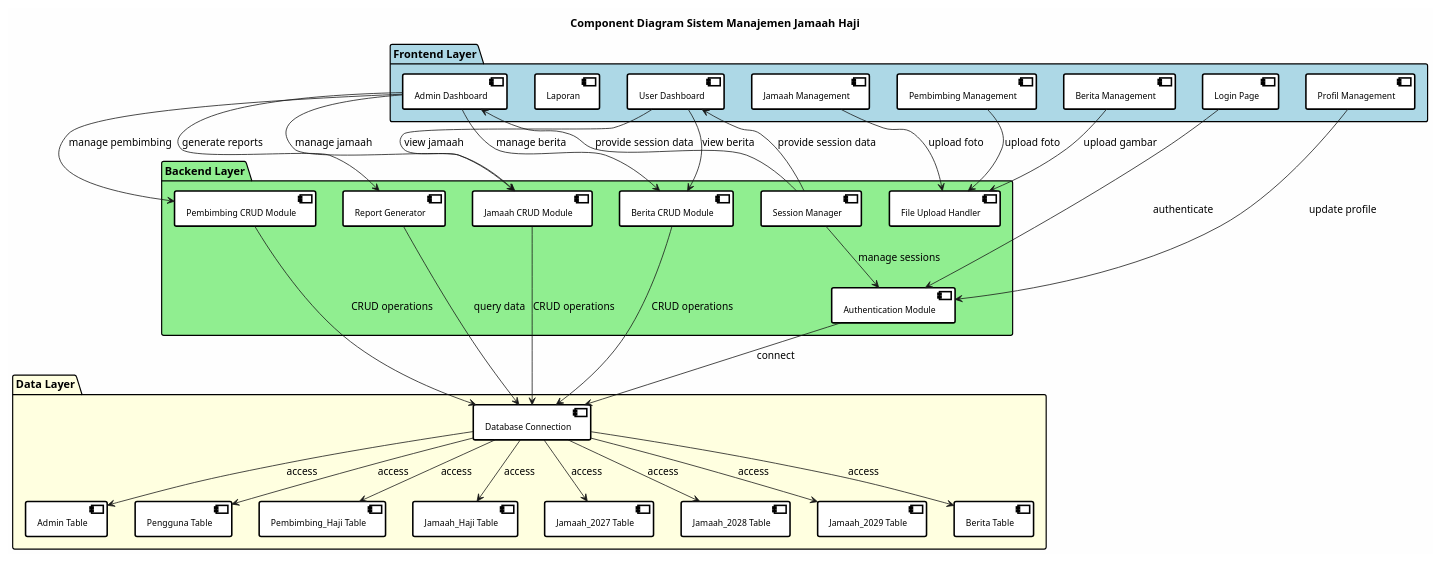
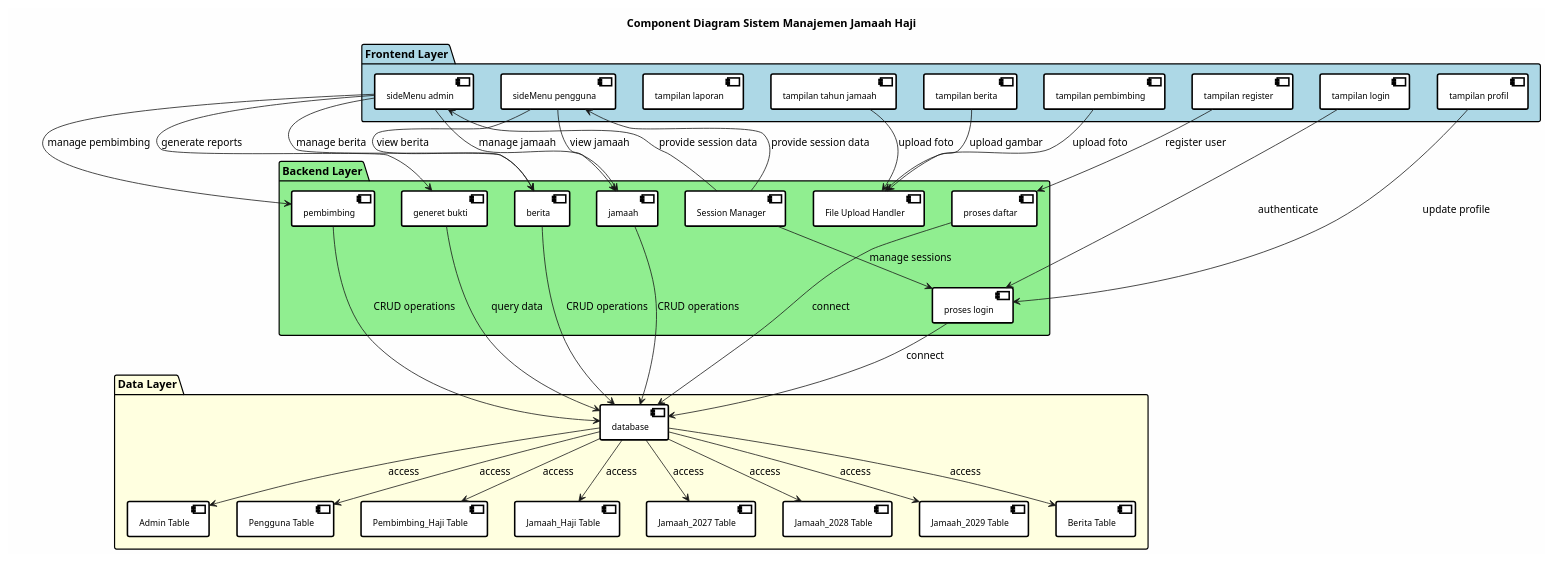
The diagram in komponen/component_diagram.puml (fauzirahayu/uzicom), drawn with PlantUML before and after one commit. The commit also changed 24 other files, not shown here.

```diff
--- a/komponen/component_diagram.puml
+++ b/komponen/component_diagram.puml
@@ -1,84 +1,88 @@
 @startuml Component Diagram Sistem Manajemen Jamaah Haji
 
 title Component Diagram Sistem Manajemen Jamaah Haji
 
 skinparam backgroundColor #FEFEFE
 skinparam component {
     BackgroundColor #FFFFFF
     BorderColor #000000
     BorderThickness 2
     FontSize 11
 }
 
 ' Frontend Layer
 package "Frontend Layer" as FL #LightBlue {
-    [Login Page] as login
-    [Admin Dashboard] as admin_dash
-    [User Dashboard] as user_dash
-    [Jamaah Management] as jamaah_mgmt
-    [Pembimbing Management] as pembimbing_mgmt
-    [Berita Management] as berita_mgmt
-    [Laporan] as laporan
-    [Profil Management] as profil_mgmt
+    [tampilan login] as login
+    [sideMenu admin] as admin_dash
+    [sideMenu pengguna] as user_dash
+    [tampilan tahun jamaah] as jamaah_mgmt
+    [tampilan pembimbing] as pembimbing_mgmt
+    [tampilan berita] as berita_mgmt
+    [tampilan laporan] as laporan
+    [tampilan profil] as profil_mgmt
+    [tampilan register] as register
 }
 
 ' Backend Layer
 package "Backend Layer" as BL #LightGreen {
-    [Authentication Module] as auth
-    [Jamaah CRUD Module] as jamaah_crud
-    [Pembimbing CRUD Module] as pembimbing_crud
-    [Berita CRUD Module] as berita_crud
-    [Report Generator] as report_gen
+    [proses login] as auth_login
+    [proses daftar] as auth_register
+    [jamaah] as jamaah_crud
+    [pembimbing] as pembimbing_crud
+    [berita] as berita_crud
+    [generet bukti] as report_gen
     [File Upload Handler] as file_upload
     [Session Manager] as session_mgr
 }
 
 ' Data Layer
 package "Data Layer" as DL #LightYellow {
-    [Database Connection] as db_conn
+    [database] as db_conn
     [Admin Table] as admin_tbl
     [Pengguna Table] as pengguna_tbl
     [Pembimbing_Haji Table] as pembimbing_tbl
     [Jamaah_Haji Table] as jamaah_haji_tbl
     [Jamaah_2027 Table] as jamaah_2027_tbl
     [Jamaah_2028 Table] as jamaah_2028_tbl
     [Jamaah_2029 Table] as jamaah_2029_tbl
     [Berita Table] as berita_tbl
 }
 
 ' Frontend to Backend connections
-login --> auth : authenticate
+login --> auth_login : authenticate
+register --> auth_register : register user
 admin_dash --> jamaah_crud : manage jamaah
 admin_dash --> pembimbing_crud : manage pembimbing
 admin_dash --> berita_crud : manage berita
 admin_dash --> report_gen : generate reports
 user_dash --> berita_crud : view berita
 user_dash --> jamaah_crud : view jamaah
-profil_mgmt --> auth : update profile
+profil_mgmt --> auth_login : update profile
 jamaah_mgmt --> file_upload : upload foto
 pembimbing_mgmt --> file_upload : upload foto
 berita_mgmt --> file_upload : upload gambar
 
 ' Backend to Data connections
-auth --> db_conn : connect
+auth_login --> db_conn : connect
+auth_register --> db_conn : connect
 jamaah_crud --> db_conn : CRUD operations
 pembimbing_crud --> db_conn : CRUD operations
 berita_crud --> db_conn : CRUD operations
 report_gen --> db_conn : query data
 
 ' Data Layer internal connections
 db_conn --> admin_tbl : access
 db_conn --> pengguna_tbl : access
 db_conn --> pembimbing_tbl : access
 db_conn --> jamaah_haji_tbl : access
 db_conn --> jamaah_2027_tbl : access
 db_conn --> jamaah_2028_tbl : access
 db_conn --> jamaah_2029_tbl : access
 db_conn --> berita_tbl : access
 
 ' Session management
-session_mgr --> auth : manage sessions
+session_mgr --> auth_login : manage sessions
 session_mgr --> admin_dash : provide session data
 session_mgr --> user_dash : provide session data
 
 @enduml
```
